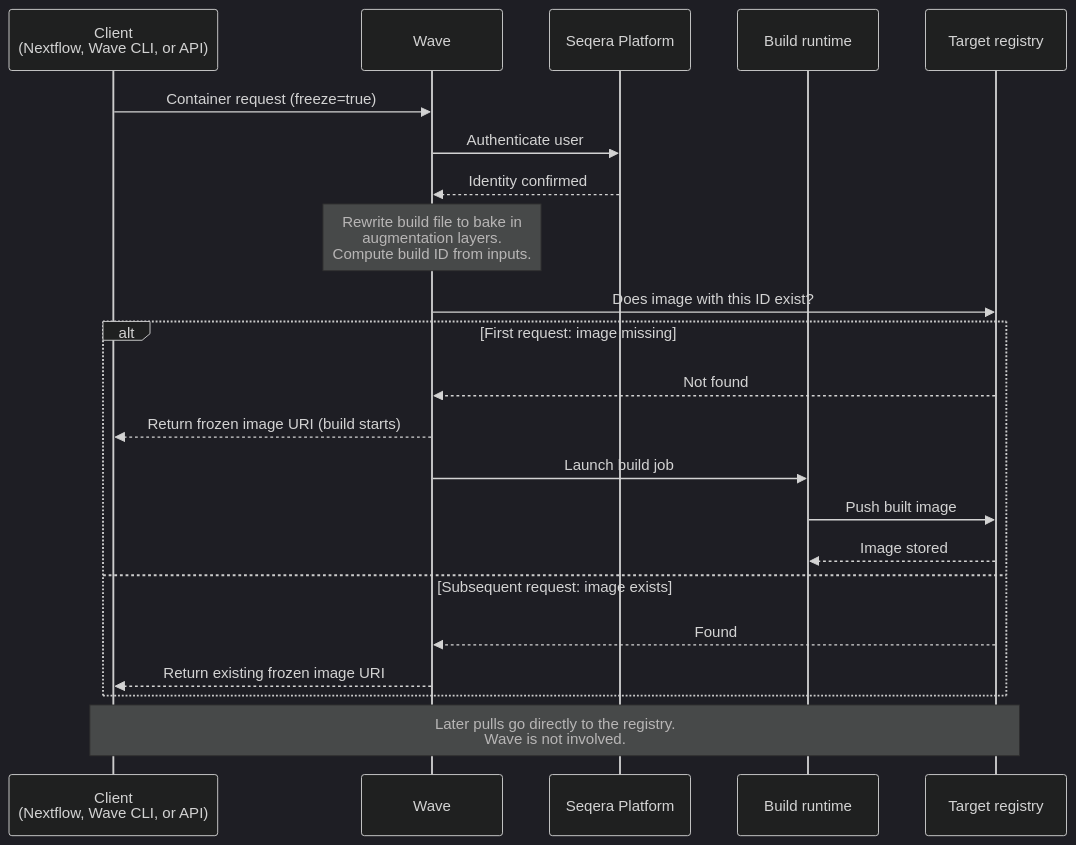
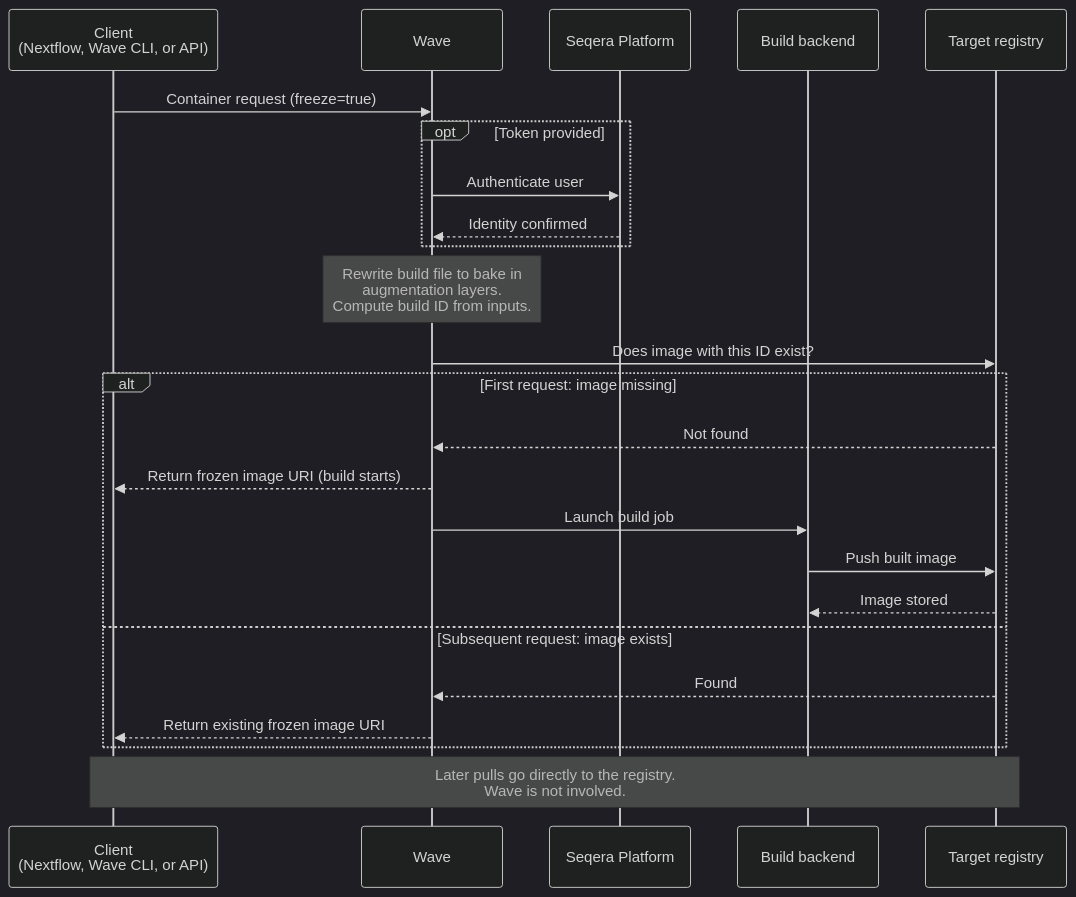
Before and after one commit to seqeralabs/wave: the diagram in docs/features/container-freezes.mdx, drawn with Mermaid (dark theme). The commit also changed other lines of this file and 13 other files, not shown here.

````diff
--- a/docs/features/container-freezes.mdx
+++ b/docs/features/container-freezes.mdx
@@ -41,27 +40,29 @@
 ```mermaid
 sequenceDiagram
     participant Client as Client<br/>(Nextflow, Wave CLI, or API)
     participant Wave
     participant Platform as Seqera Platform
-    participant Builder as Build runtime
+    participant Builder as Build backend
     participant Registry as Target registry
 
     Client->>Wave: Container request (freeze=true)
-    Wave->>Platform: Authenticate user
-    Platform-->>Wave: Identity confirmed
+    opt Token provided
+        Wave->>Platform: Authenticate user
+        Platform-->>Wave: Identity confirmed
+    end
     Note over Wave: Rewrite build file to bake in<br/>augmentation layers.<br/>Compute build ID from inputs.
     Wave->>Registry: Does image with this ID exist?
 
     alt First request: image missing
         Registry-->>Wave: Not found
         Wave-->>Client: Return frozen image URI (build starts)
         Wave->>Builder: Launch build job
         Builder->>Registry: Push built image
         Registry-->>Builder: Image stored
     else Subsequent request: image exists
         Registry-->>Wave: Found
         Wave-->>Client: Return existing frozen image URI
     end
 
     Note over Client,Registry: Later pulls go directly to the registry.<br/>Wave is not involved.
 ```
````
